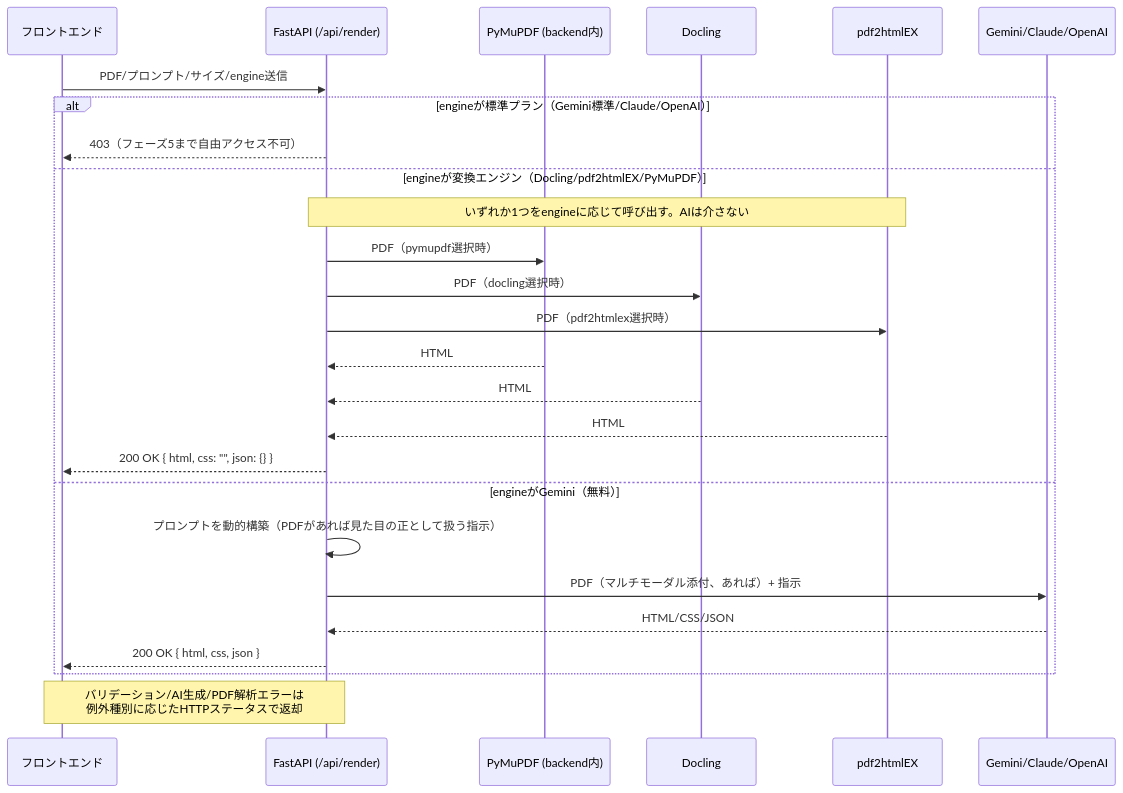
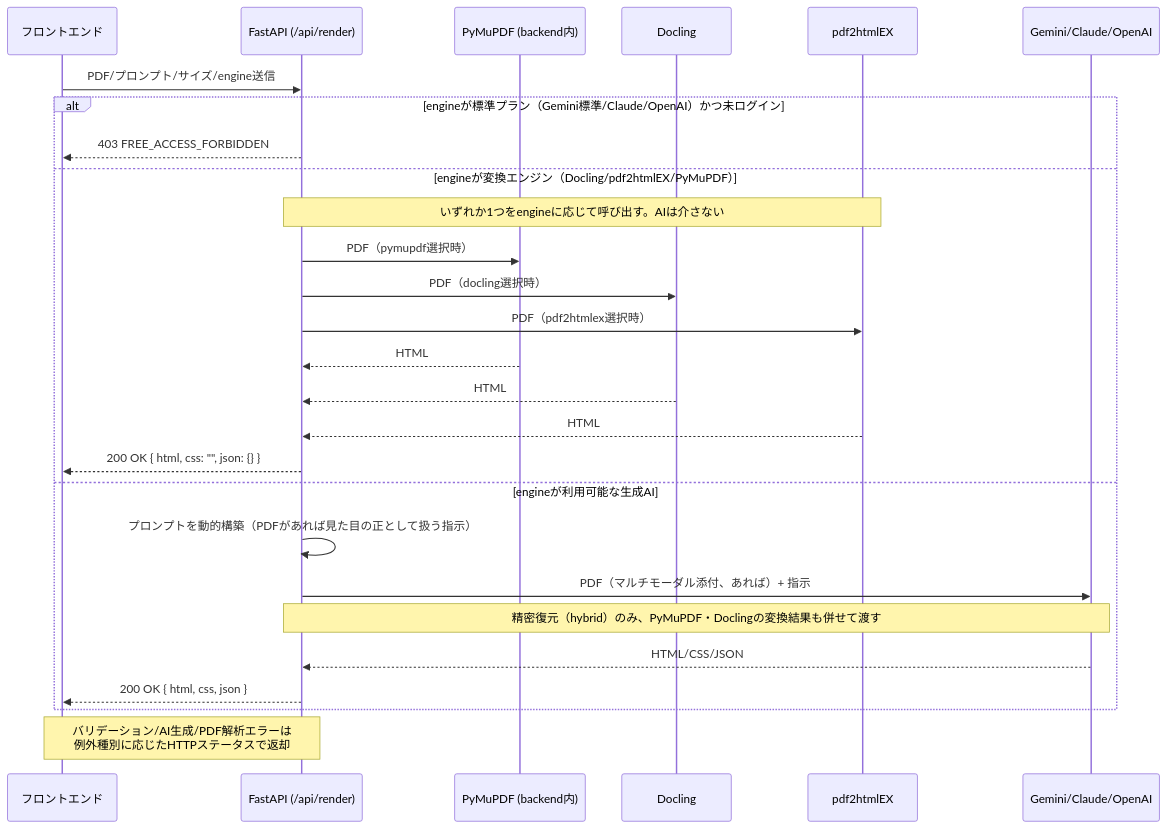
One commit to EisukeHishikawa/adapt-sheet changed the fourth of 8 diagrams in docs/architecture.md. Above: the diagram before and after it, drawn with Mermaid. The commit also changed other lines of this file and 10 other files, not shown here.

````diff
--- a/docs/architecture.md
+++ b/docs/architecture.md
@@ -154,29 +152,30 @@
 ```mermaid
 sequenceDiagram
     participant FE as フロントエンド
     participant API as FastAPI (/api/render)
     participant Layout as PyMuPDF (backend内)
     participant Docling as Docling
     participant Pdf2HtmlEx as pdf2htmlEX
     participant AI as Gemini/Claude/OpenAI
 
     FE->>API: PDF/プロンプト/サイズ/engine送信
-    alt engineが標準プラン（Gemini標準/Claude/OpenAI）
-        API-->>FE: 403（フェーズ5まで自由アクセス不可）
+    alt engineが標準プラン（Gemini標準/Claude/OpenAI）かつ未ログイン
+        API-->>FE: 403 FREE_ACCESS_FORBIDDEN
     else engineが変換エンジン（Docling/pdf2htmlEX/PyMuPDF）
         Note over API,Pdf2HtmlEx: いずれか1つをengineに応じて呼び出す。AIは介さない
         API->>Layout: PDF（pymupdf選択時）
         API->>Docling: PDF（docling選択時）
         API->>Pdf2HtmlEx: PDF（pdf2htmlex選択時）
         Layout-->>API: HTML
         Docling-->>API: HTML
         Pdf2HtmlEx-->>API: HTML
         API-->>FE: 200 OK { html, css: "", json: {} }
-    else engineがGemini（無料）
+    else engineが利用可能な生成AI
         API->>API: プロンプトを動的構築（PDFがあれば見た目の正として扱う指示）
         API->>AI: PDF（マルチモーダル添付、あれば）+ 指示
+        Note over API,AI: 精密復元（hybrid）のみ、PyMuPDF・Doclingの変換結果も併せて渡す
         AI-->>API: HTML/CSS/JSON
         API-->>FE: 200 OK { html, css, json }
     end
     Note over API,FE: バリデーション/AI生成/PDF解析エラーは<br/>例外種別に応じたHTTPステータスで返却
 ```
````
